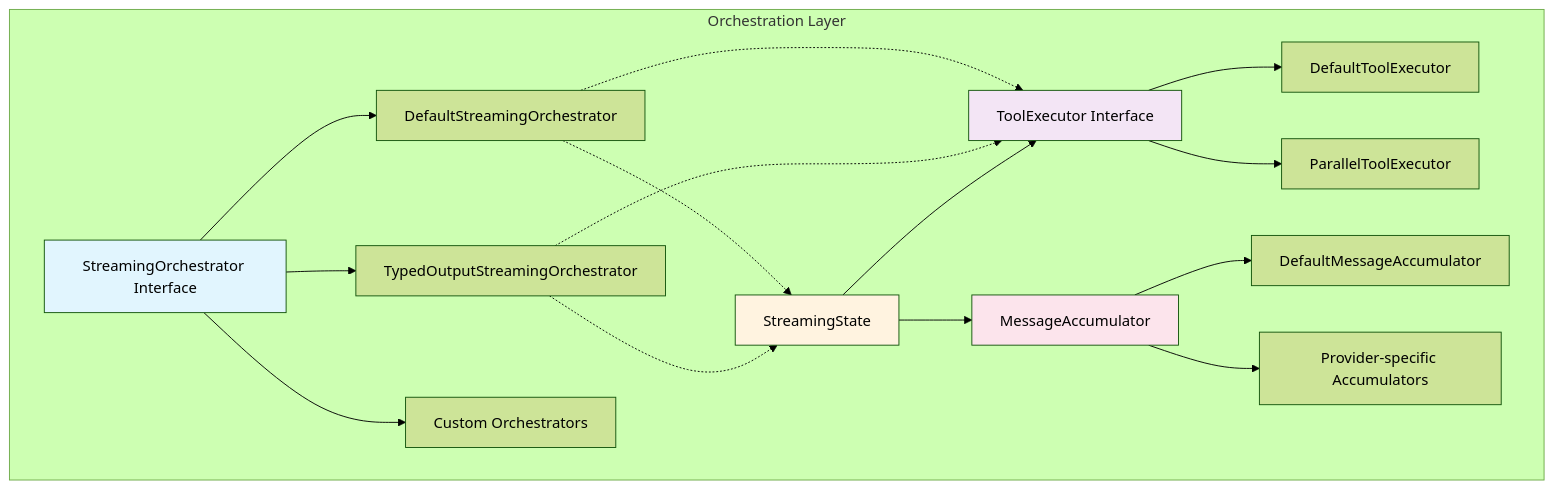
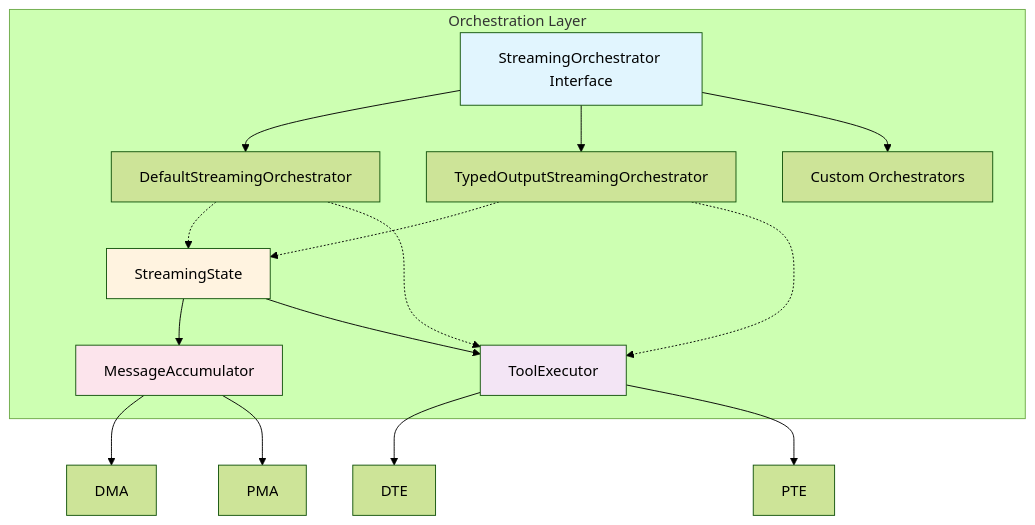
Before and after one commit to csells/langchain_dart: the first of 2 diagrams in packages/langchain_compat/specs/ORCHESTRATION_LAYER_ARCHITECTURE.md, drawn with Mermaid (forest theme). The commit also changed other lines of this file and 39 other files, not shown here.

Commit message:
simplifying ToolExecutor and MessageAccumulator; MessageRole => ChatMessageRole

````diff
--- a/packages/langchain_compat/specs/ORCHESTRATION_LAYER_ARCHITECTURE.md
+++ b/packages/langchain_compat/specs/ORCHESTRATION_LAYER_ARCHITECTURE.md
@@ -45,40 +45,36 @@
 ```mermaid
 graph TB
     subgraph "Orchestration Layer"
         SO[StreamingOrchestrator Interface]
         DSO[DefaultStreamingOrchestrator]
         TSO[TypedOutputStreamingOrchestrator]
         CSO[Custom Orchestrators]
         
-        TE[ToolExecutor Interface]
-        DTE[DefaultToolExecutor]
-        PTE[ParallelToolExecutor]
+        TE[ToolExecutor]
         
         SS[StreamingState]
         MA[MessageAccumulator]
-        DMA[DefaultMessageAccumulator]
-        PMA[Provider-specific Accumulators]
     end
     
     SO --> DSO
     SO --> TSO
     SO --> CSO
     
     TE --> DTE
     TE --> PTE
     
     MA --> DMA
     MA --> PMA
     
     DSO -.-> SS
     TSO -.-> SS
     DSO -.-> TE
     TSO -.-> TE
     SS --> MA
     SS --> TE
     
     style SO fill:#e1f5fe
     style TE fill:#f3e5f5
     style SS fill:#fff3e0
     style MA fill:#fce4ec
 ```
````
